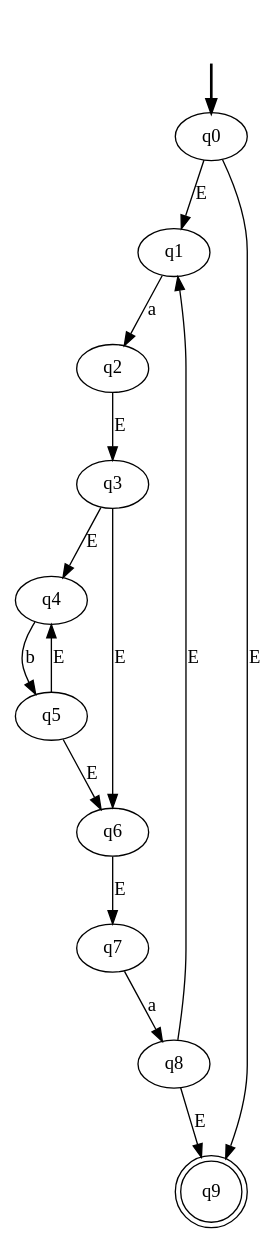
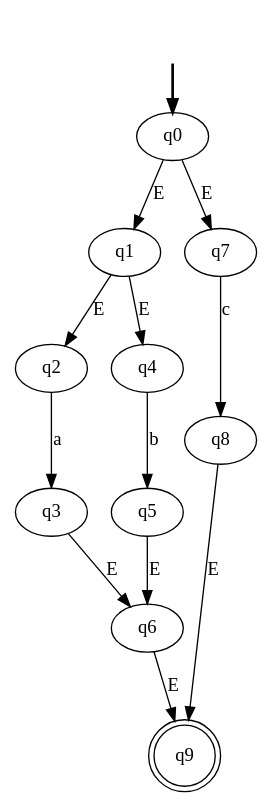
Before and after one commit to MarcosFelipeBC/lfa: the diagram in ER e AFNE - Trabalho 3/resources/AFNE.dot, drawn with Graphviz. The commit also changed 5 other files, not shown here.

```diff
--- a/ER e AFNE - Trabalho 3/resources/AFNE.dot
+++ b/ER e AFNE - Trabalho 3/resources/AFNE.dot
@@ -1,27 +1,25 @@
 digraph {
 	fake0 [style=invisible]
-	q7
-	q4
-	q1
-	q5
+	q9 [shape=doublecircle]
 	q6
 	q3
+	q8
+	q1
+	q7
 	q0 [root=true]
-	q8
-	q9 [shape=doublecircle]
 	q2
+	q5
+	q4
 	fake0 -> q0 [style=bold]
-	q1 -> q2 [label=a]
+	q2 -> q3 [label=a]
 	q4 -> q5 [label=b]
-	q3 -> q4 [label=E]
+	q1 -> q4 [label=E]
+	q1 -> q2 [label=E]
 	q3 -> q6 [label=E]
-	q5 -> q4 [label=E]
 	q5 -> q6 [label=E]
-	q2 -> q3 [label=E]
-	q7 -> q8 [label=a]
-	q6 -> q7 [label=E]
-	q0 -> q9 [label=E]
+	q7 -> q8 [label=c]
+	q0 -> q7 [label=E]
 	q0 -> q1 [label=E]
+	q6 -> q9 [label=E]
 	q8 -> q9 [label=E]
-	q8 -> q1 [label=E]
 }
```
